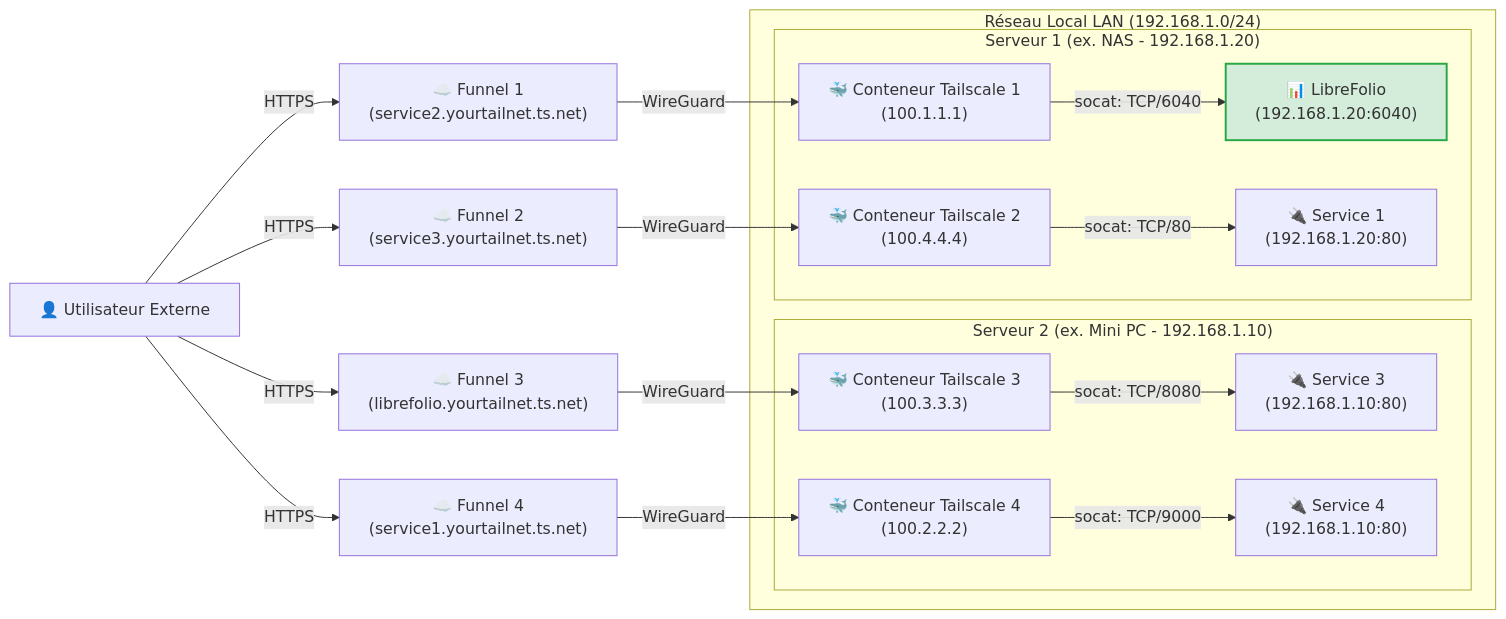
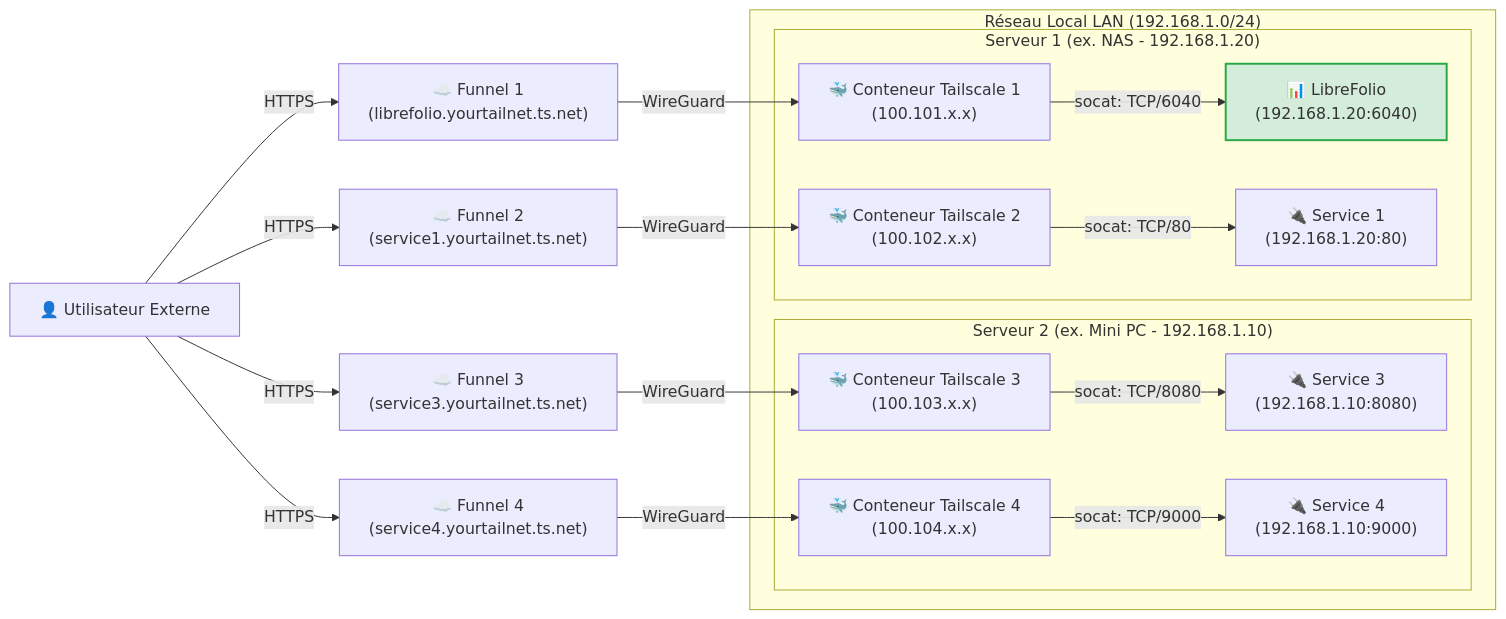
Before and after one commit to Librefolio/LibreFolio: the fifth of 5 diagrams in mkdocs_src/docs/admin/service_exposure.fr.md, drawn with Mermaid. The commit also changed other lines of this file and 6 other files, not shown here.

````diff
--- a/mkdocs_src/docs/admin/service_exposure.fr.md
+++ b/mkdocs_src/docs/admin/service_exposure.fr.md
@@ -377,24 +377,24 @@
 ```mermaid
 graph LR
- User["👤 Utilisateur Externe"] -->|HTTPS| Funnel1["☁️ Funnel 1<br>(service2.yourtailnet.ts.net)"]
- User -->|HTTPS| Funnel2["☁️ Funnel 2<br>(service3.yourtailnet.ts.net)"]
- User -->|HTTPS| Funnel3["☁️ Funnel 3<br>(librefolio.yourtailnet.ts.net)"]
- User -->|HTTPS| Funnel4["☁️ Funnel 4<br>(service1.yourtailnet.ts.net)"]
+ User["👤 Utilisateur Externe"] -->|HTTPS| Funnel1["☁️ Funnel 1<br>(librefolio.yourtailnet.ts.net)"]
+ User -->|HTTPS| Funnel2["☁️ Funnel 2<br>(service1.yourtailnet.ts.net)"]
+ User -->|HTTPS| Funnel3["☁️ Funnel 3<br>(service3.yourtailnet.ts.net)"]
+ User -->|HTTPS| Funnel4["☁️ Funnel 4<br>(service4.yourtailnet.ts.net)"]
  
- Funnel1 -->|WireGuard| TSC1["🐳 Conteneur Tailscale 1<br>(100.1.1.1)"]
- Funnel2 -->|WireGuard| TSC2["🐳 Conteneur Tailscale 2<br>(100.4.4.4)"]
- Funnel3 -->|WireGuard| TSC3["🐳 Conteneur Tailscale 3<br>(100.3.3.3)"]
- Funnel4 -->|WireGuard| TSC4["🐳 Conteneur Tailscale 4<br>(100.2.2.2)"]
+ Funnel1 -->|WireGuard| TSC1["🐳 Conteneur Tailscale 1<br>(100.101.x.x)"]
+ Funnel2 -->|WireGuard| TSC2["🐳 Conteneur Tailscale 2<br>(100.102.x.x)"]
+ Funnel3 -->|WireGuard| TSC3["🐳 Conteneur Tailscale 3<br>(100.103.x.x)"]
+ Funnel4 -->|WireGuard| TSC4["🐳 Conteneur Tailscale 4<br>(100.104.x.x)"]
  
  subgraph LAN ["Réseau Local LAN (192.168.1.0/24)"]
  subgraph Host2 ["Serveur 2 (ex. Mini PC - 192.168.1.10)"]
- TSC3 -->|socat: TCP/8080| Service3["🔌 Service 3<br>(192.168.1.10:80)"]
- TSC4 -->|socat: TCP/9000| Service4["🔌 Service 4<br>(192.168.1.10:80)"]
+ TSC3 -->|socat: TCP/8080| Service3["🔌 Service 3<br>(192.168.1.10:8080)"]
+ TSC4 -->|socat: TCP/9000| Service4["🔌 Service 4<br>(192.168.1.10:9000)"]
  end
  subgraph Host1 ["Serveur 1 (ex. NAS - 192.168.1.20)"]
  TSC1 -->|socat: TCP/6040| LibreFolio["📊 LibreFolio<br>(192.168.1.20:6040)"]
  TSC2 -->|socat: TCP/80| Service1["🔌 Service 1<br>(192.168.1.20:80)"]
  end
  end
  style LibreFolio fill:#d4edda,stroke:#28a745,stroke-width:2px;
 ```
````
